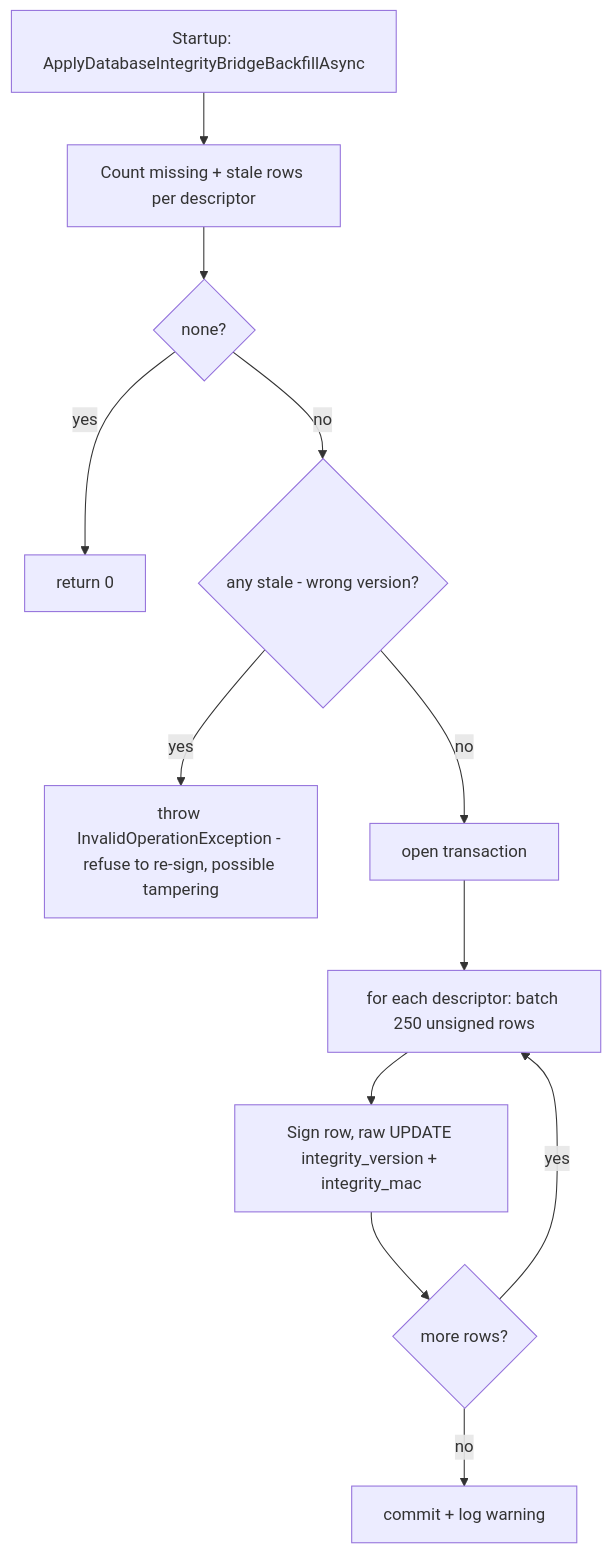
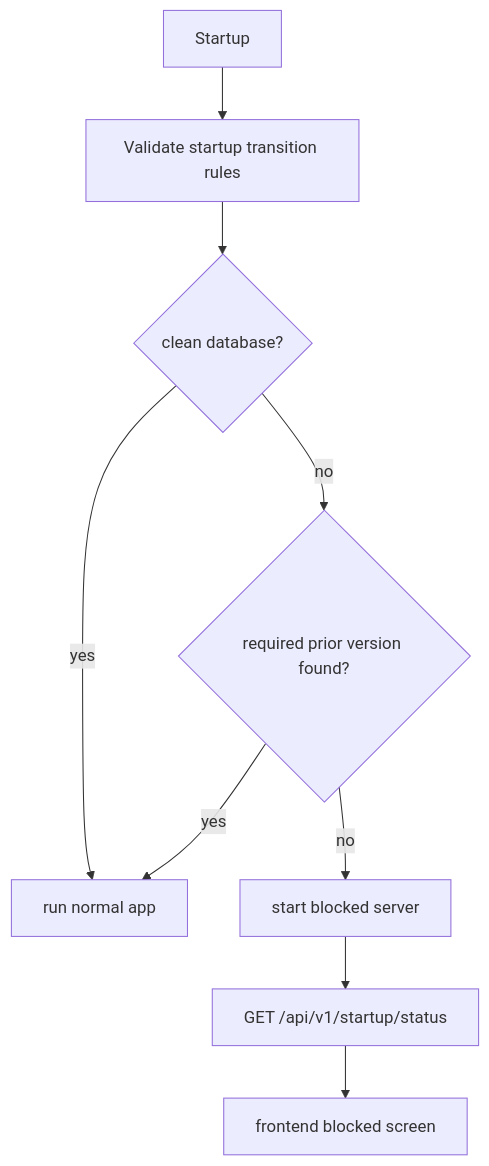
The fourth of 4 diagrams in docs/technical/20-database-integrity.md (bvdcode/cotton), drawn with Mermaid before and after one commit. The commit also changed other lines of this file and 50 other files, not shown here.

Commit message:
feat: enforce database startup transition guard

````diff
--- a/docs/technical/20-database-integrity.md
+++ b/docs/technical/20-database-integrity.md
@@ -322,14 +311,11 @@
 ```mermaid
 flowchart TD
-    Start[Startup: ApplyDatabaseIntegrityBridgeBackfillAsync] --> Count[Count missing + stale rows per descriptor]
-    Count --> None{none?}
-    None -- yes --> Done[return 0]
-    None -- no --> Stale{any stale - wrong version?}
-    Stale -- yes --> Throw[throw InvalidOperationException - refuse to re-sign, possible tampering]
-    Stale -- no --> Tx[open transaction]
-    Tx --> Loop[for each descriptor: batch 250 unsigned rows]
-    Loop --> Sign[Sign row, raw UPDATE integrity_version + integrity_mac]
-    Sign --> More{more rows?}
-    More -- yes --> Loop
-    More -- no --> Commit[commit + log warning]
+    Start[Startup] --> Validate[Validate startup transition rules]
+    Validate --> Clean{clean database?}
+    Clean -- yes --> Run[run normal app]
+    Clean -- no --> Required{required prior version found?}
+    Required -- yes --> Run
+    Required -- no --> Block[start blocked server]
+    Block --> Status[GET /api/v1/startup/status]
+    Status --> Spa[frontend blocked screen]
 ```
````
